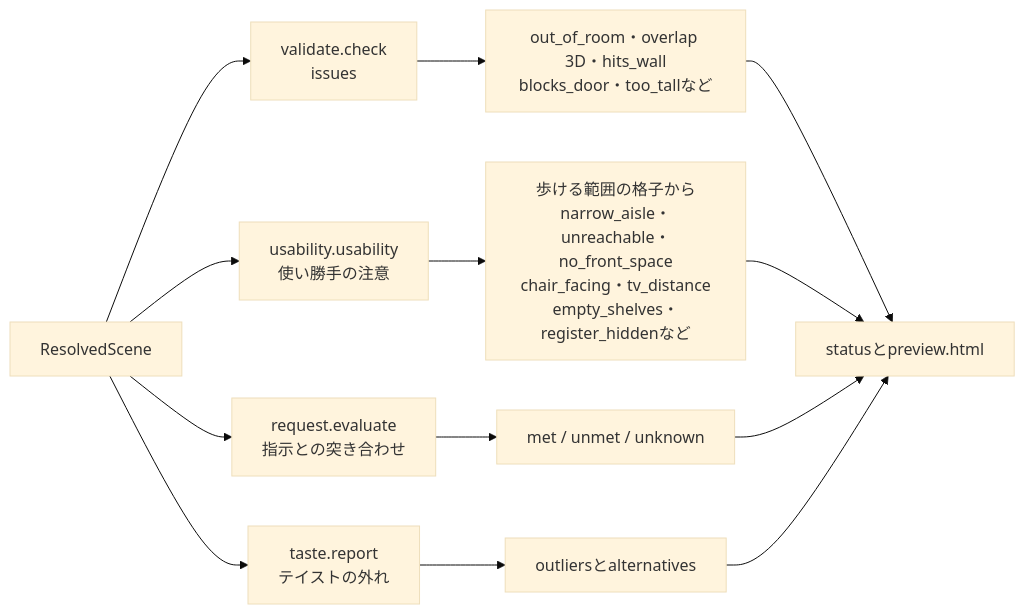
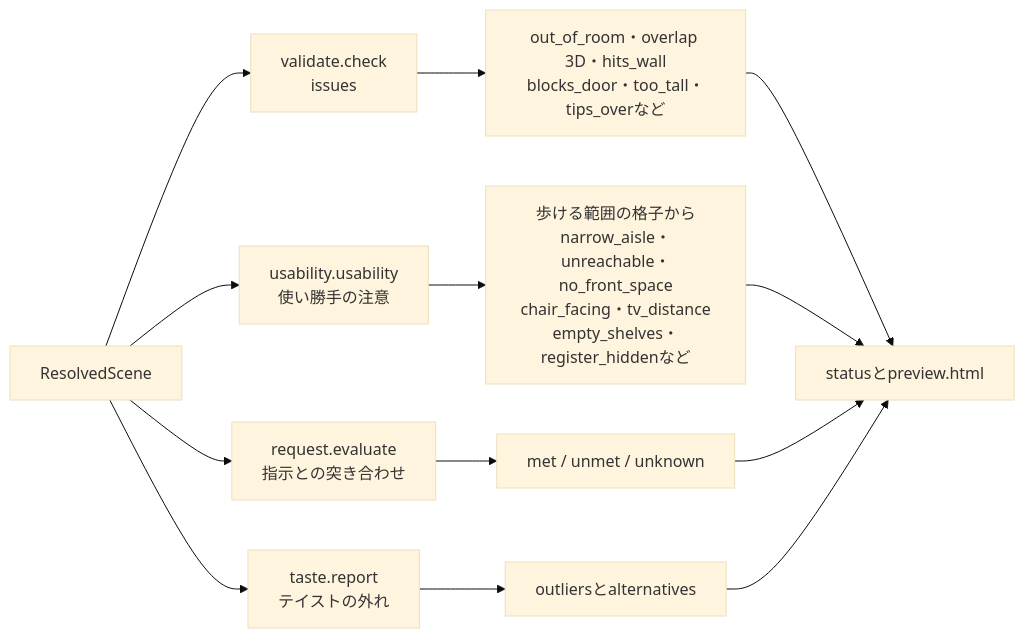
The sixth of 13 diagrams in docs/architecture.md (atinfinity/agentic-sim-world-gen), drawn with Mermaid (base theme) before and after one commit. The commit also changed other lines of this file and 9 other files, not shown here.

First line of the commit message:
docs: clearer prose, fixed stale facts, more diagrams and tables

````diff
--- a/docs/architecture.md
+++ b/docs/architecture.md
@@ -285,15 +360,15 @@
 ```mermaid
 flowchart LR
     scene["ResolvedScene"] --> v1["validate.check<br/>issues"]
     scene --> v2["usability.usability<br/>使い勝手の注意"]
     scene --> v3["request.evaluate<br/>指示との突き合わせ"]
     scene --> v4["taste.report<br/>テイストの外れ"]
-    v1 --> i1["out_of_room・overlap 3D・hits_wall<br/>blocks_door・too_tallなど"]
+    v1 --> i1["out_of_room・overlap 3D・hits_wall<br/>blocks_door・too_tall・tips_overなど"]
     v2 --> i2["歩ける範囲の格子から<br/>narrow_aisle・unreachable・no_front_space<br/>chair_facing・tv_distance<br/>empty_shelves・register_hiddenなど"]
     v3 --> i3["met / unmet / unknown"]
     v4 --> i4["outliersとalternatives"]
     i1 --> st["statusとpreview.html"]
     i2 --> st
     i3 --> st
     i4 --> st
 ```
````
